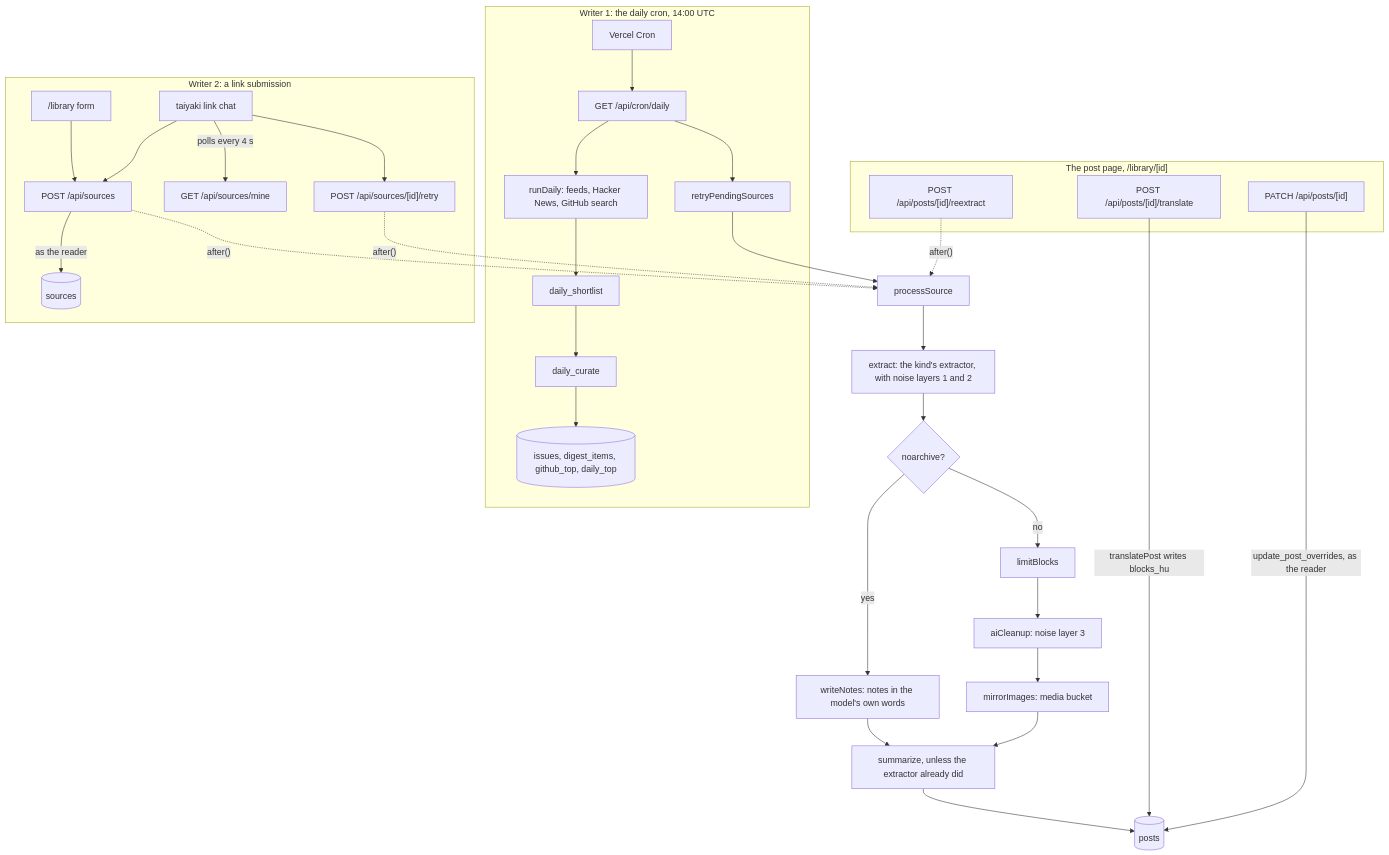
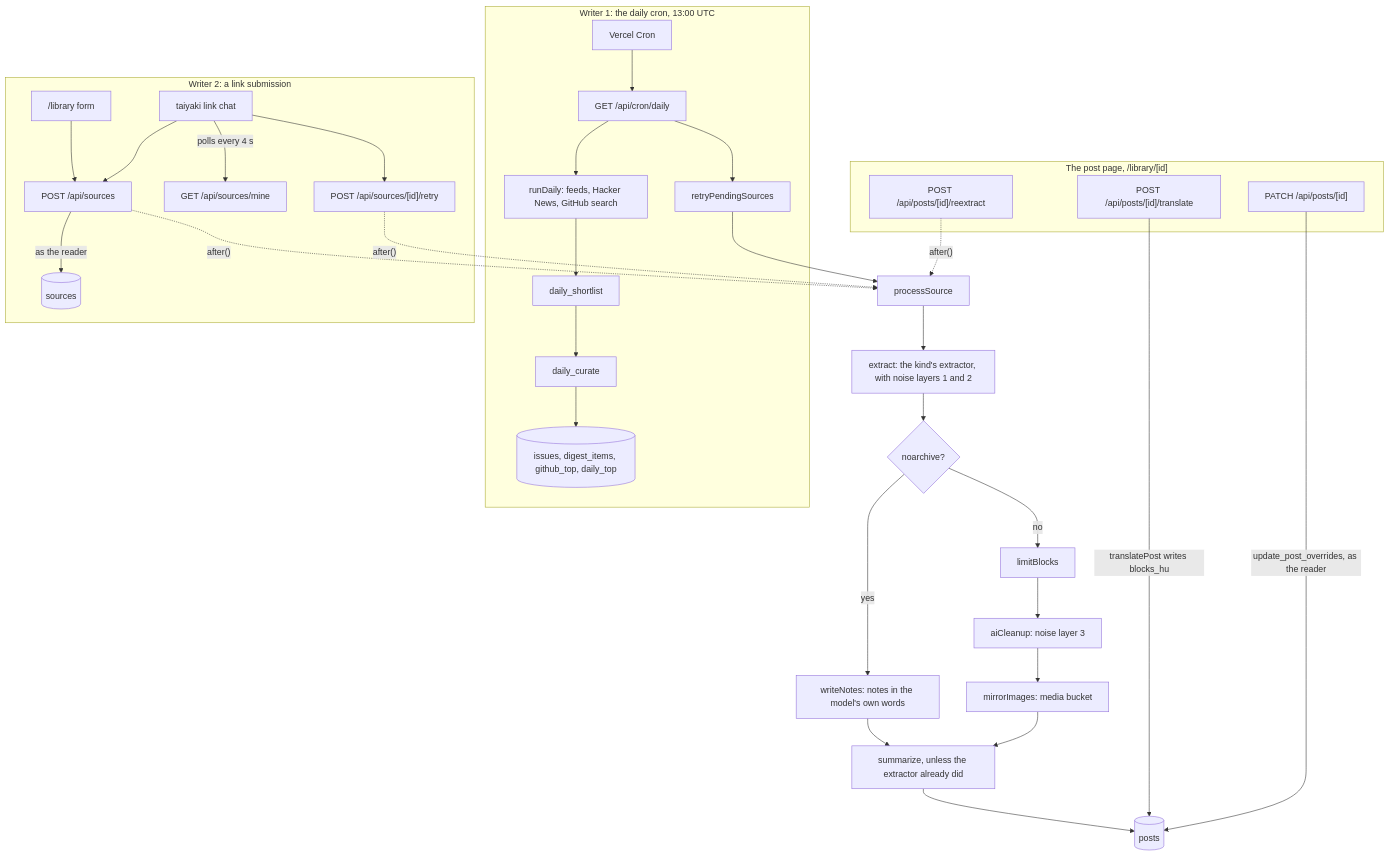
Before and after one commit to Danzsu/Danzsu-Research-Hub: the diagram in README.md, drawn with Mermaid. The commit also changed other lines of this file and 12 other files, not shown here.

````diff
--- a/README.md
+++ b/README.md
@@ -23,35 +23,35 @@
 ```mermaid
 flowchart TD
-  subgraph daily["Writer 1: the daily cron, 14:00 UTC"]
+  subgraph daily["Writer 1: the daily cron, 13:00 UTC"]
     cron["Vercel Cron"] --> cronRoute["GET /api/cron/daily"]
     cronRoute --> runDaily["runDaily: feeds, Hacker News, GitHub search"]
     runDaily --> shortlist["daily_shortlist"] --> curate["daily_curate"]
     curate --> radar[("issues, digest_items, github_top, daily_top")]
     cronRoute --> retry["retryPendingSources"]
   end
   subgraph submit["Writer 2: a link submission"]
     form["/library form"] --> sourcesRoute["POST /api/sources"]
     chat["taiyaki link chat"] --> sourcesRoute
     chat -->|"polls every 4 s"| mineRoute["GET /api/sources/mine"]
     chat --> retryRoute["POST /api/sources/[id]/retry"]
     sourcesRoute -->|"as the reader"| sources[("sources")]
   end
   subgraph postPage["The post page, /library/[id]"]
     reextractRoute["POST /api/posts/[id]/reextract"]
     translateRoute["POST /api/posts/[id]/translate"]
     editRoute["PATCH /api/posts/[id]"]
   end
   sourcesRoute -.->|"after()"| ingest["processSource"]
   retryRoute -.->|"after()"| ingest
   reextractRoute -.->|"after()"| ingest
   retry --> ingest
   ingest --> extract["extract: the kind's extractor, with noise layers 1 and 2"]
   extract --> noarchive{"noarchive?"}
   noarchive -->|yes| notes["writeNotes: notes in the model's own words"]
   noarchive -->|no| limit["limitBlocks"] --> cleanup["aiCleanup: noise layer 3"] --> images["mirrorImages: media bucket"]
   notes --> summarize["summarize, unless the extractor already did"]
   images --> summarize
   summarize --> posts[("posts")]
   translateRoute -->|"translatePost writes blocks_hu"| posts
   editRoute -->|"update_post_overrides, as the reader"| posts
 ```
````
